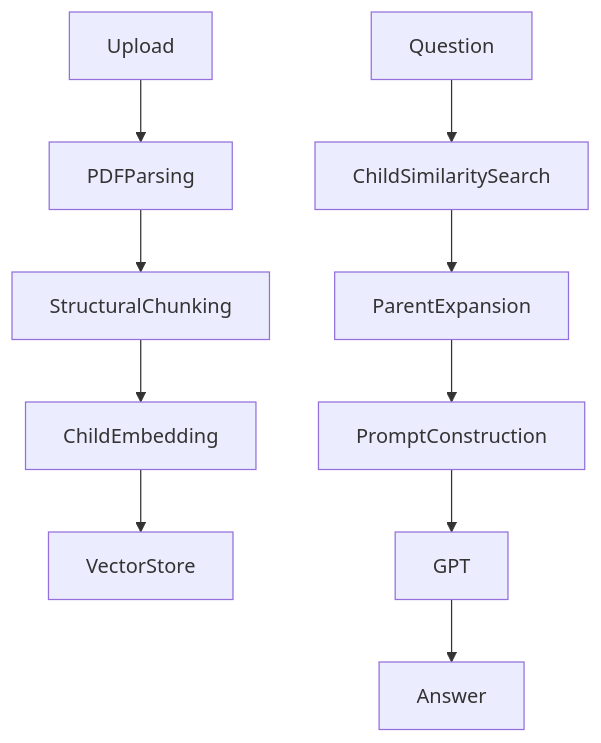
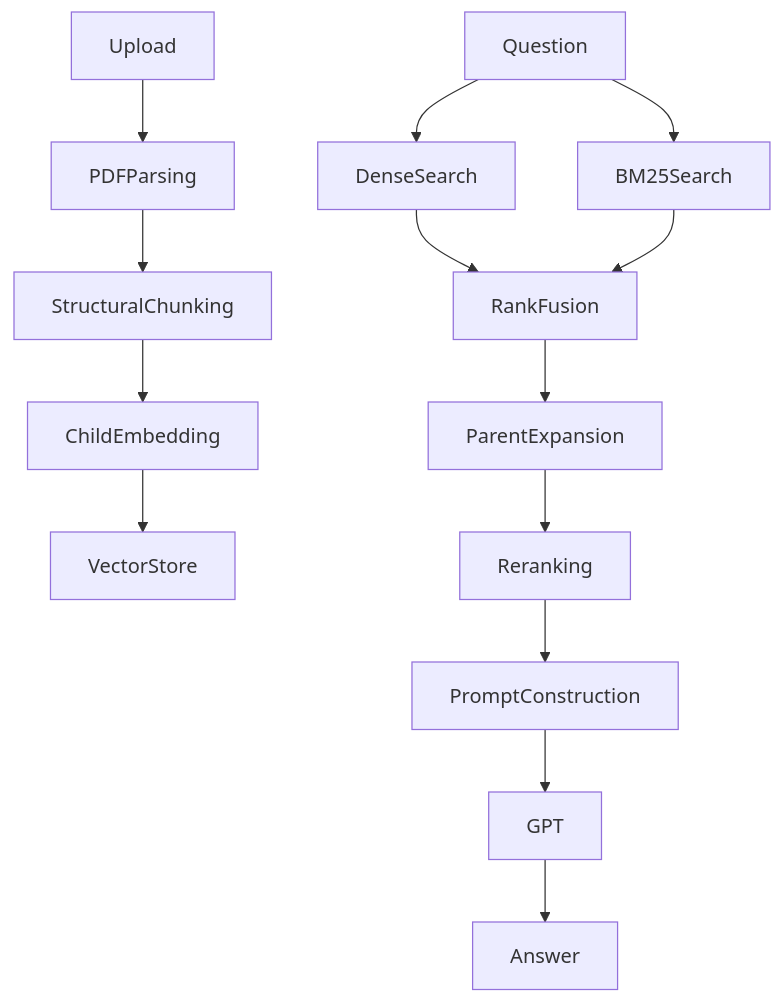
Before and after one commit to vincedevs/ragnarok: the second of 4 diagrams in README.md, drawn with Mermaid. The commit also changed other lines of this file and 15 other files, not shown here.

````diff
--- a/README.md
+++ b/README.md
@@ -68,7 +70,11 @@
 ```mermaid
 flowchart TD
 
 Upload --> PDFParsing --> StructuralChunking --> ChildEmbedding --> VectorStore
 
-Question --> ChildSimilaritySearch --> ParentExpansion --> PromptConstruction --> GPT --> Answer
+Question --> DenseSearch
+Question --> BM25Search
+DenseSearch --> RankFusion
+BM25Search --> RankFusion
+RankFusion --> ParentExpansion --> Reranking --> PromptConstruction --> GPT --> Answer
 ```
````
